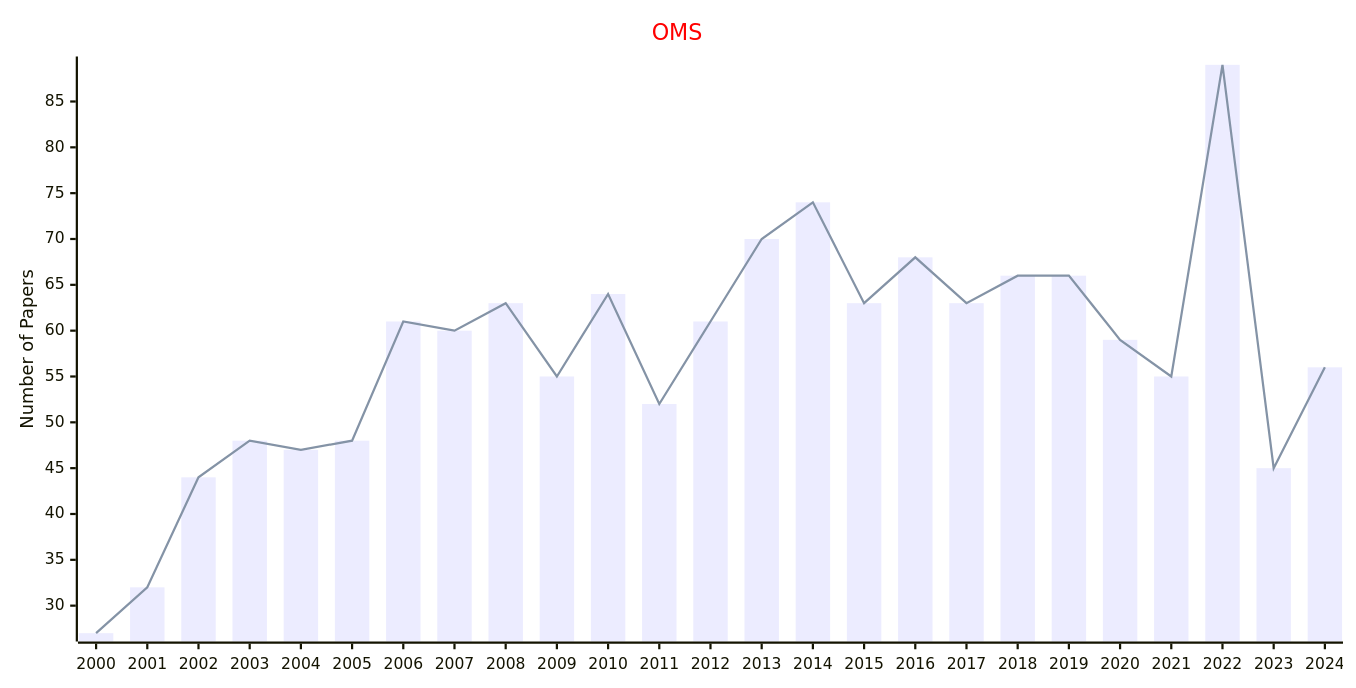
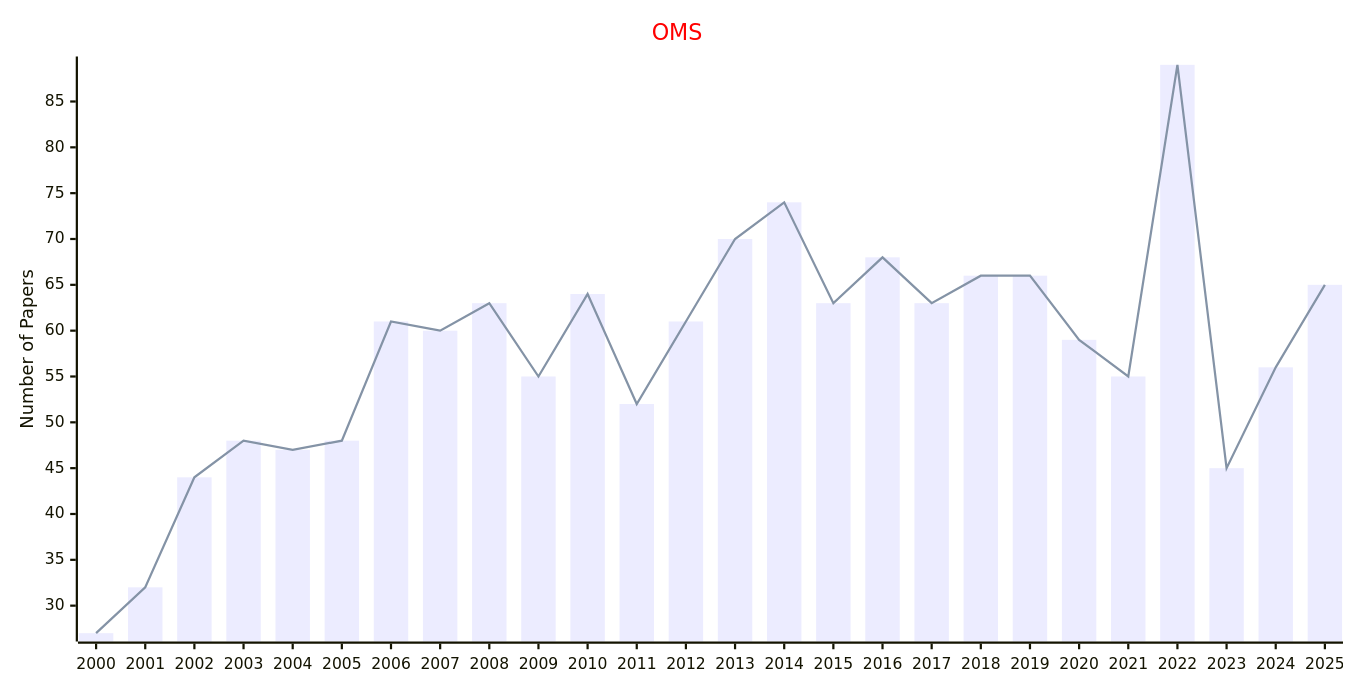
One commit to Easy-PhD/AILinks changed the diagram in docs/data/Journals/Statistics_Journals/Optimization_Methods.md. Above: the diagram before and after it, drawn with Mermaid. The commit also changed 93 other files, not shown here.

````diff
--- a/docs/data/Journals/Statistics_Journals/Optimization_Methods.md
+++ b/docs/data/Journals/Statistics_Journals/Optimization_Methods.md
@@ -9,17 +9,17 @@
 ```mermaid
 ---
 config:
     xyChart:
         width: 1200
         height: 600
     themeVariables:
         xyChart:
             titleColor: "#ff0000"
 ---
 xychart-beta
     title "OMS"
-    x-axis [2000, 2001, 2002, 2003, 2004, 2005, 2006, 2007, 2008, 2009, 2010, 2011, 2012, 2013, 2014, 2015, 2016, 2017, 2018, 2019, 2020, 2021, 2022, 2023, 2024]
+    x-axis [2000, 2001, 2002, 2003, 2004, 2005, 2006, 2007, 2008, 2009, 2010, 2011, 2012, 2013, 2014, 2015, 2016, 2017, 2018, 2019, 2020, 2021, 2022, 2023, 2024, 2025]
     y-axis "Number of Papers"
-    bar [27, 32, 44, 48, 47, 48, 61, 60, 63, 55, 64, 52, 61, 70, 74, 63, 68, 63, 66, 66, 59, 55, 89, 45, 56]
-    line [27, 32, 44, 48, 47, 48, 61, 60, 63, 55, 64, 52, 61, 70, 74, 63, 68, 63, 66, 66, 59, 55, 89, 45, 56]
+    bar [27, 32, 44, 48, 47, 48, 61, 60, 63, 55, 64, 52, 61, 70, 74, 63, 68, 63, 66, 66, 59, 55, 89, 45, 56, 65]
+    line [27, 32, 44, 48, 47, 48, 61, 60, 63, 55, 64, 52, 61, 70, 74, 63, 68, 63, 66, 66, 59, 55, 89, 45, 56, 65]
 ```
````
